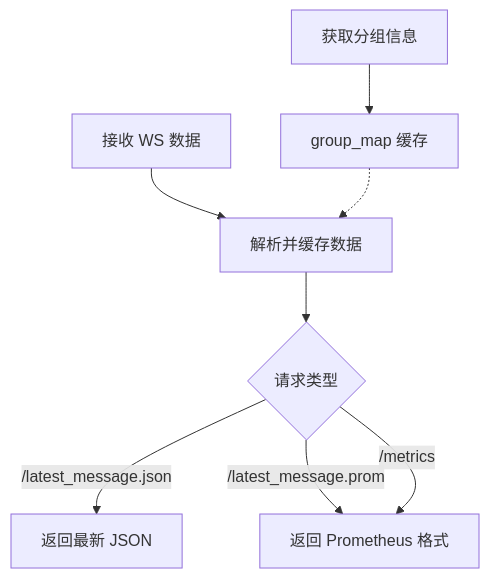
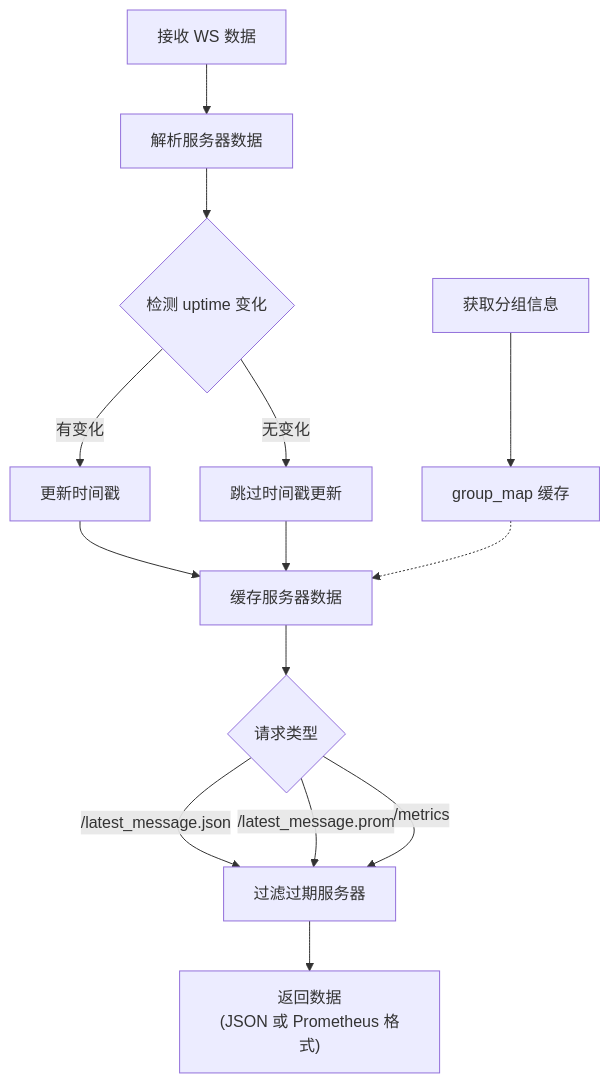
One commit to Moeyuuko/nezhaV1-exporter changed the second of 2 diagrams in README.md. Above: the diagram before and after it, drawn with Mermaid. The commit also changed other lines of this file and 2 other files, not shown here.

Commit message:
增强数据过期机制，自动过滤过期服务器数据并更新缓存逻辑

````diff
--- a/README.md
+++ b/README.md
@@ -26,10 +26,16 @@
 ```mermaid
 flowchart TD
-    A[接收 WS 数据] --> B[解析并缓存数据]
+    A[接收 WS 数据] --> B[解析服务器数据]
+    B --> B1{"检测 uptime 变化"}
+    B1 -- "有变化" --> B2[更新时间戳]
+    B1 -- "无变化" --> B3[跳过时间戳更新]
+    B2 --> B4[缓存服务器数据]
+    B3 --> B4
     G[获取分组信息] --> H[group_map 缓存]
-    H -.-> B
-    B --> C{"请求类型"}
-    C -- "/latest_message.json" --> D[返回最新 JSON]
-    C -- "/latest_message.prom" --> E[返回 Prometheus 格式]
-    C -- "/metrics" --> E
+    H -.-> B4
+    B4 --> C{"请求类型"}
+    C -- "/latest_message.json" --> D[过滤过期服务器]
+    C -- "/latest_message.prom" --> D
+    C -- "/metrics" --> D
+    D --> E["返回数据<br/>(JSON 或 Prometheus 格式)"]
 ```
````
